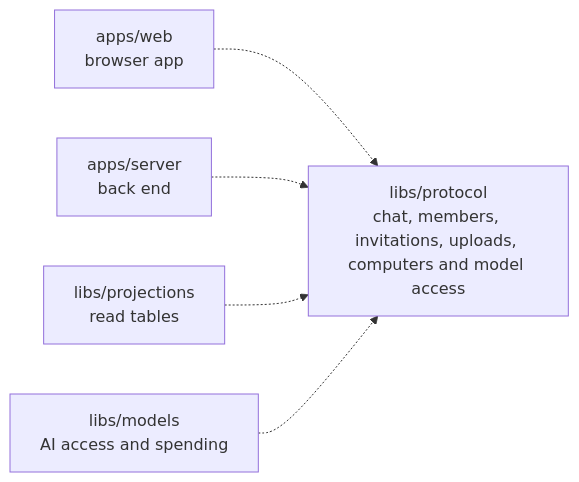
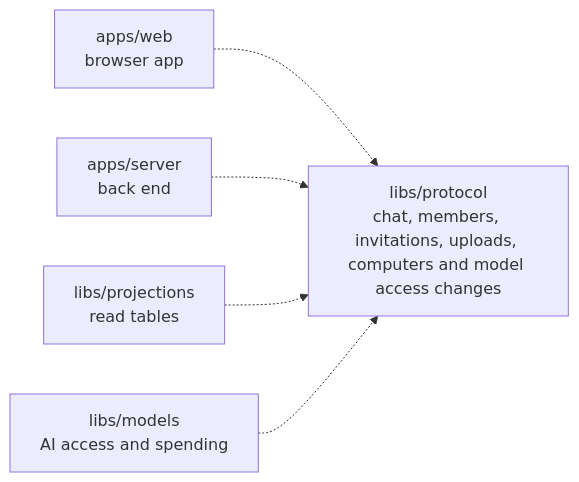
Before and after one commit to elewa-git/opencrane-new: the diagram in libs/protocol/README.md, drawn with Mermaid. The commit also changed other lines of this file and 25 other files, not shown here.

````diff
--- a/libs/protocol/README.md
+++ b/libs/protocol/README.md
@@ -11,7 +11,7 @@
 ```mermaid
 flowchart LR
-  web["apps/web<br/>browser app"] -.-> protocol["libs/protocol<br/>chat, members, invitations, uploads, computers and model access"]
+  web["apps/web<br/>browser app"] -.-> protocol["libs/protocol<br/>chat, members, invitations, uploads, computers and model access changes"]
   server["apps/server<br/>back end"] -.-> protocol
   projections["libs/projections<br/>read tables"] -.-> protocol
   models["libs/models<br/>AI access and spending"] -.-> protocol
 ```
````
